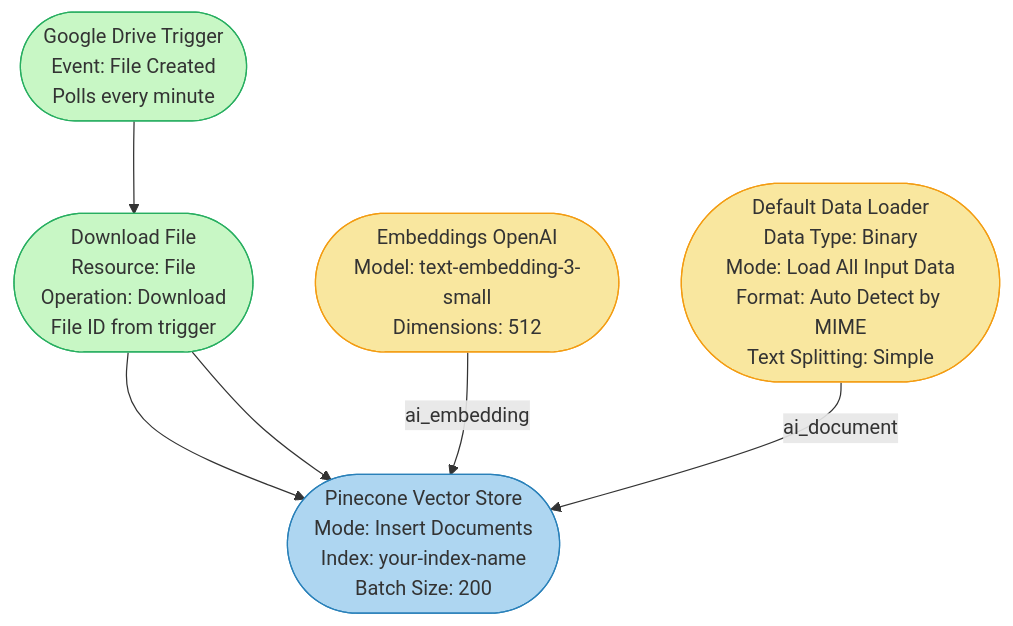
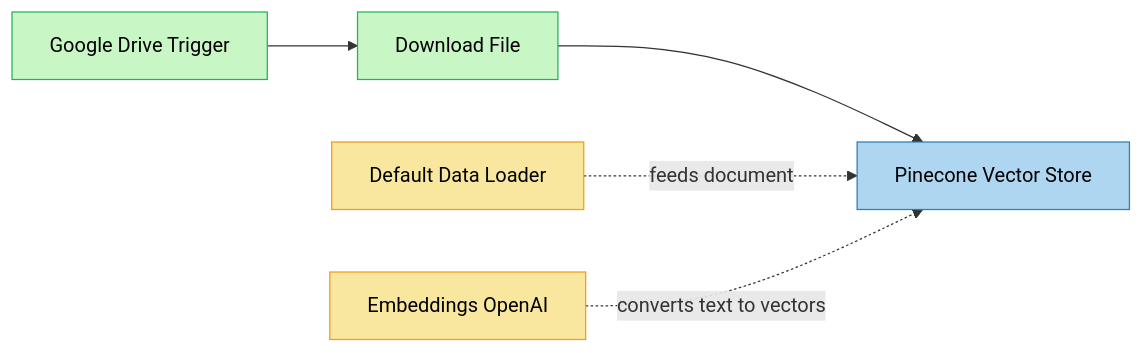
Before and after one commit to ashumishra2104/n8n_theory_and_projects: the first of 2 diagrams in Project/RAG_Agent/README.md, drawn with Mermaid. The commit also changed other lines of this file, not shown here.

Commit message:
Rebuild Mermaid diagrams - clean, beginner-friendly with legends

````diff
--- a/Project/RAG_Agent/README.md
+++ b/Project/RAG_Agent/README.md
@@ -61,15 +42,13 @@
 ```mermaid
-flowchart TD
-    A([Google Drive Trigger\nEvent: File Created\nPolls every minute]) --> B
-    B([Download File\nResource: File\nOperation: Download\nFile ID from trigger]) --> C
-    C([Pinecone Vector Store\nMode: Insert Documents\nIndex: your-index-name\nBatch Size: 200])
-    D([Embeddings OpenAI\nModel: text-embedding-3-small\nDimensions: 512]) -->|ai_embedding| C
-    E([Default Data Loader\nData Type: Binary\nMode: Load All Input Data\nFormat: Auto Detect by MIME\nText Splitting: Simple]) -->|ai_document| C
-    B --> C
+flowchart LR
+    A[Google Drive Trigger] --> B[Download File]
+    B --> C[Pinecone Vector Store]
+    D[Default Data Loader] -.->|feeds document| C
+    E[Embeddings OpenAI] -.->|converts text to vectors| C
 
-    style A fill:#c8f7c5,stroke:#27ae60
-    style B fill:#c8f7c5,stroke:#27ae60
-    style C fill:#aed6f1,stroke:#2980b9
-    style D fill:#f9e79f,stroke:#f39c12
-    style E fill:#f9e79f,stroke:#f39c12
+    style A fill:#c8f7c5,stroke:#27ae60,color:#000
+    style B fill:#c8f7c5,stroke:#27ae60,color:#000
+    style C fill:#aed6f1,stroke:#2980b9,color:#000
+    style D fill:#f9e79f,stroke:#f39c12,color:#000
+    style E fill:#f9e79f,stroke:#f39c12,color:#000
 ```
````
